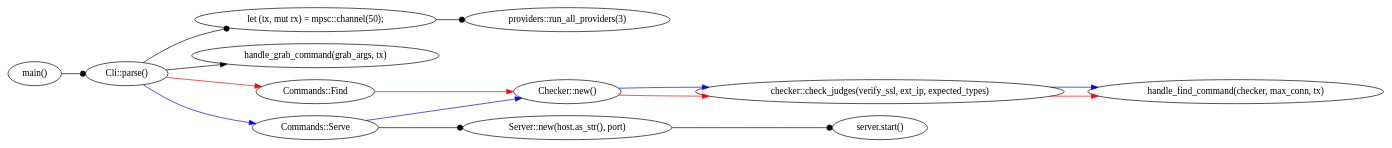
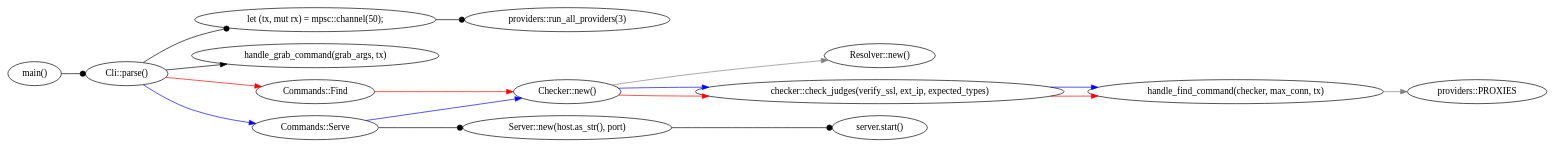
The diagram in docs/main/main.a.dot (softtiny/proxy.rs), drawn with Graphviz before and after one commit. The commit also changed 10 other files, not shown here.

```diff
--- a/docs/main/main.a.dot
+++ b/docs/main/main.a.dot
@@ -1,18 +1,22 @@
 digraph {
     graph [ 
         rankdir=LR,
     ]
     "main" [label="main()"]
     "cli" [label="Cli::parse()"]
     "channel" [label="let (tx, mut rx) = mpsc::channel(50);"]
     "Checker" [label="Checker::new()"]
+    "Resolver" [label="Resolver::new()"]
     "check_judges" [label="checker::check_judges(verify_ssl, ext_ip, expected_types)"]
     "run_all_providers" [label="providers::run_all_providers(3)"]
     "handle_find_command" [label="handle_find_command(checker, max_conn, tx)"]
     "Server" [label="Server::new(host.as_str(), port)"]
+    "PROXIES" [label="providers::PROXIES"]
     "main" -> "cli" -> "channel" -> "run_all_providers" [arrowhead="dot"]
     "cli" -> "handle_grab_command(grab_args, tx)"
     "cli" -> "Commands::Find" -> "Checker" -> "check_judges" -> "handle_find_command" [color="red"]
     "cli" -> "Commands::Serve" -> "Checker" -> "check_judges" -> "handle_find_command" [color="blue"]
     "Commands::Serve" -> "Server" -> "server.start()" [arrowhead="dot"]
+    "Checker" -> "Resolver" [color="gray"]
+    "handle_find_command" -> "PROXIES" [color="gray"]
 }
```
